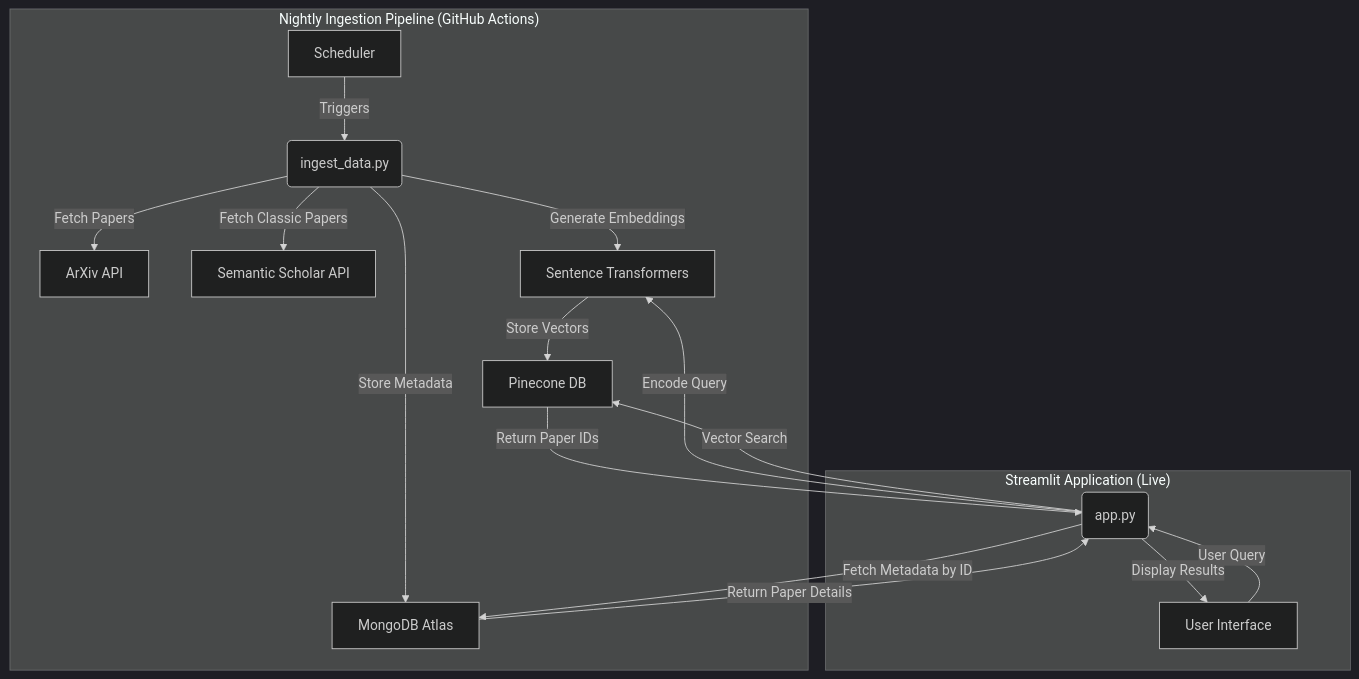
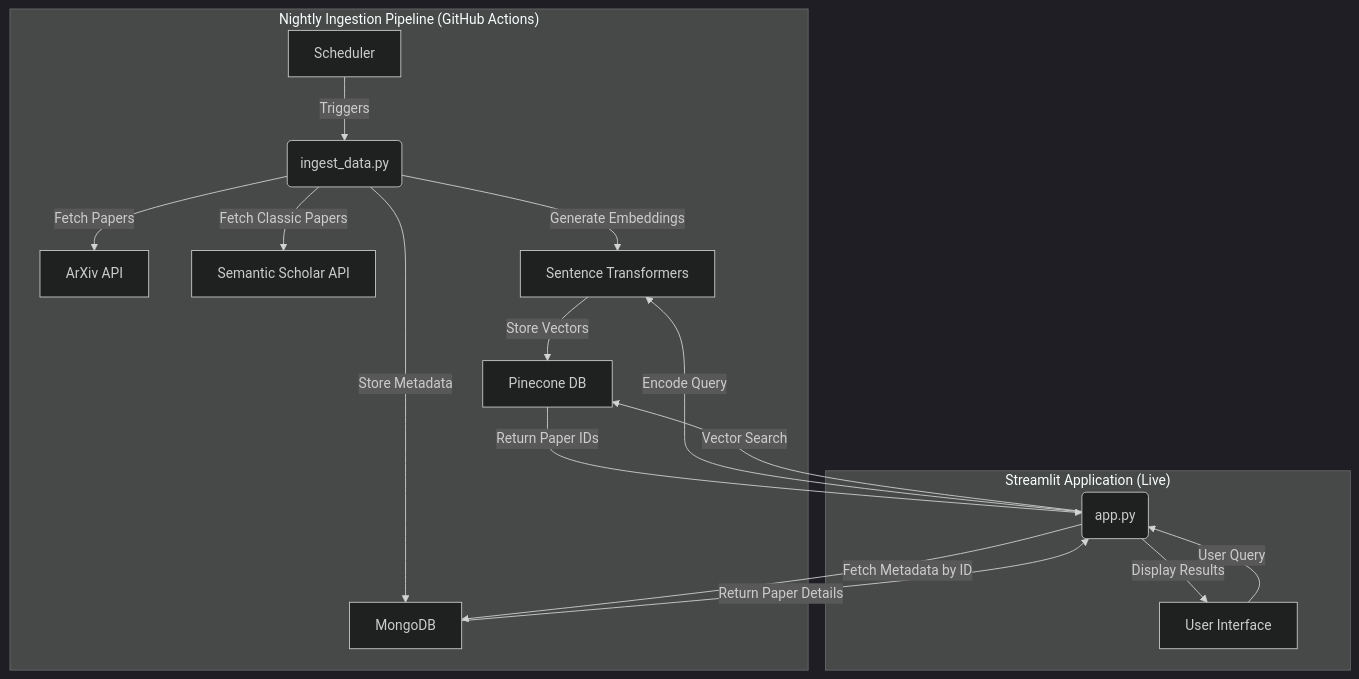
The diagram in README.md (ap-aditya/srchive), drawn with Mermaid (dark theme) before and after one commit. The commit also changed other lines of this file and 1 other file, not shown here.

````diff
--- a/README.md
+++ b/README.md
@@ -24,21 +25,21 @@
 ```mermaid
 flowchart TD
     subgraph "Nightly Ingestion Pipeline (GitHub Actions)"
         A[Scheduler] -->|Triggers| B(ingest_data.py);
         B -->|Fetch Papers| C[ArXiv API];
         B -->|Fetch Classic Papers| D[Semantic Scholar API];
         B -->|Generate Embeddings| E[Sentence Transformers];
         E -->|Store Vectors| F[Pinecone DB];
-        B -->|Store Metadata| G[MongoDB Atlas];
+        B -->|Store Metadata| G[MongoDB];
     end
 
     subgraph "Streamlit Application (Live)"
         H[User Interface] -->|User Query| I(app.py);
         I -->|Encode Query| E;
         I -->|Vector Search| F;
         F -->|Return Paper IDs| I;
         I -->|Fetch Metadata by ID| G;
         G -->|Return Paper Details| I;
         I -->|Display Results| H;
     end
 ```
````
